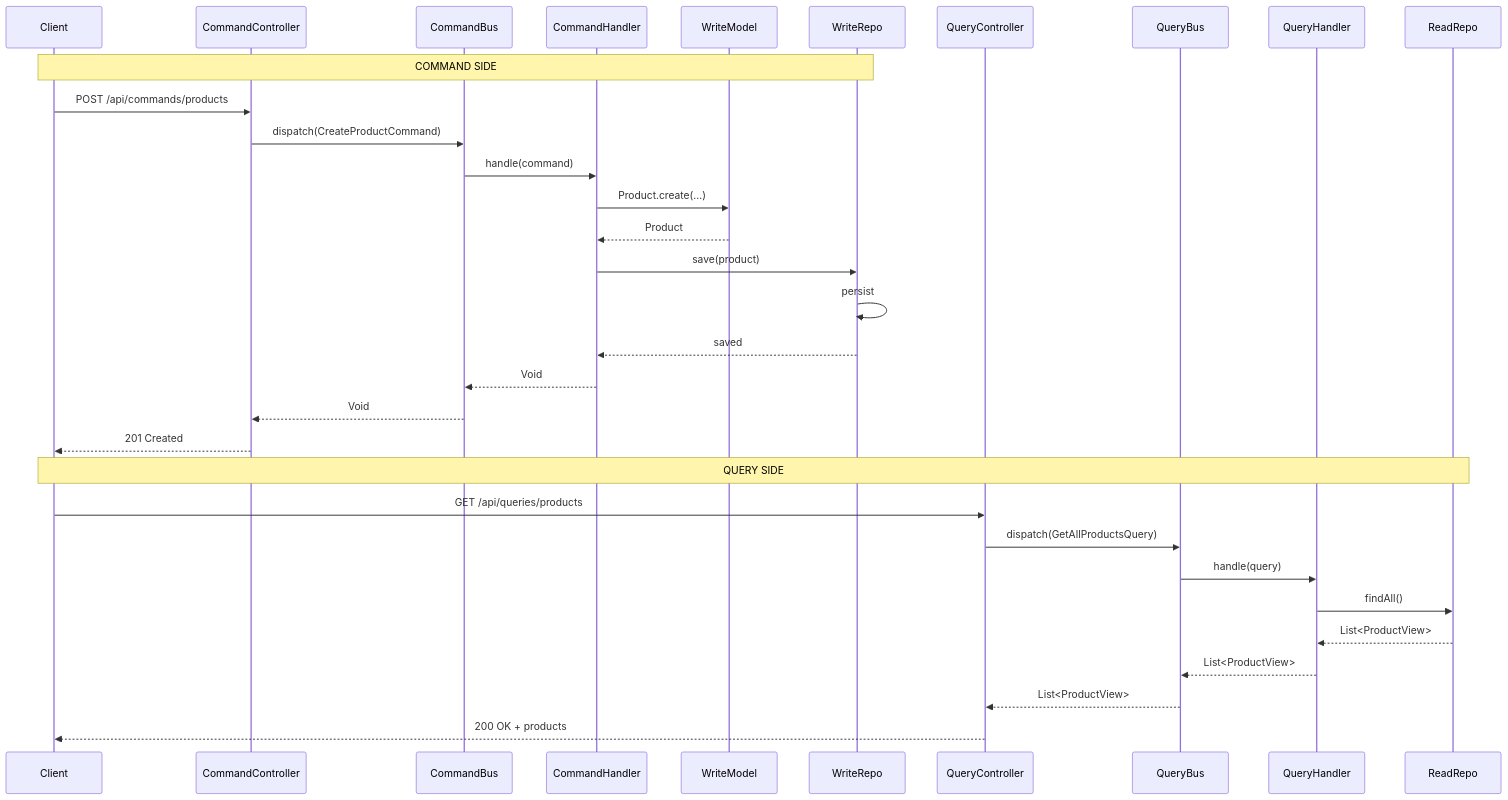
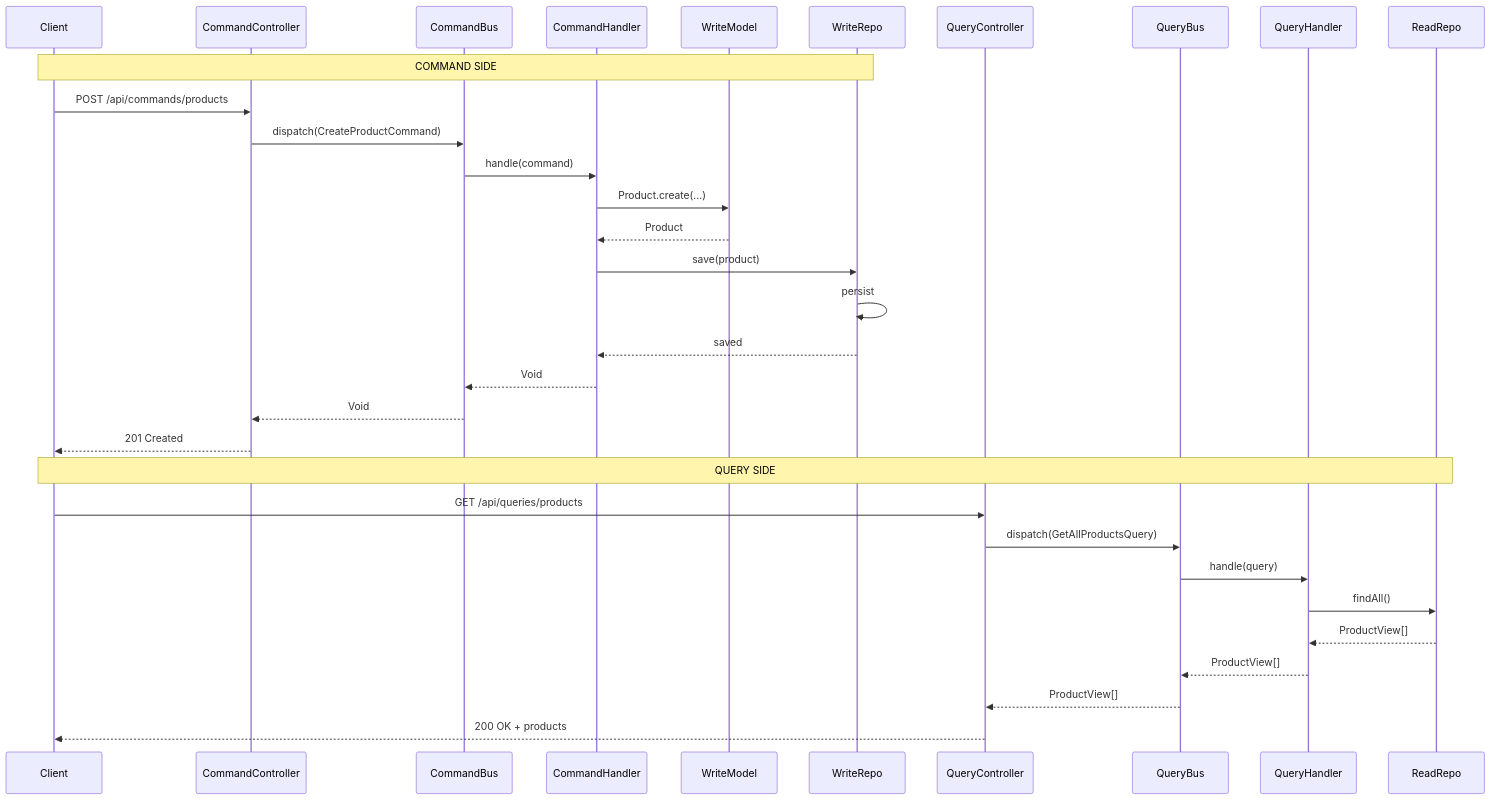
One commit to VirtualCave/modern-architecture-patterns changed the first of 7 diagrams in PLAN_MEJORA_DOCUMENTACION.md. Above: the diagram before and after it, drawn with Mermaid. The commit also changed 1 other file, not shown here.

Commit message:
Tutorial

````diff
--- a/PLAN_MEJORA_DOCUMENTACION.md
+++ b/PLAN_MEJORA_DOCUMENTACION.md
@@ -484,36 +484,36 @@
 ```mermaid
 sequenceDiagram
     participant Client
     participant CommandController
     participant CommandBus
     participant CommandHandler
     participant WriteModel
     participant WriteRepo
     participant QueryController
     participant QueryBus
     participant QueryHandler
     participant ReadRepo
 
     Note over Client,WriteRepo: COMMAND SIDE
     Client->>CommandController: POST /api/commands/products
     CommandController->>CommandBus: dispatch(CreateProductCommand)
     CommandBus->>CommandHandler: handle(command)
     CommandHandler->>WriteModel: Product.create(...)
     WriteModel-->>CommandHandler: Product
     CommandHandler->>WriteRepo: save(product)
     WriteRepo->>WriteRepo: persist
     WriteRepo-->>CommandHandler: saved
     CommandHandler-->>CommandBus: Void
     CommandBus-->>CommandController: Void
     CommandController-->>Client: 201 Created
 
     Note over Client,ReadRepo: QUERY SIDE
     Client->>QueryController: GET /api/queries/products
     QueryController->>QueryBus: dispatch(GetAllProductsQuery)
     QueryBus->>QueryHandler: handle(query)
     QueryHandler->>ReadRepo: findAll()
-    ReadRepo-->>QueryHandler: List<ProductView>
-    QueryHandler-->>QueryBus: List<ProductView>
-    QueryBus-->>QueryController: List<ProductView>
+    ReadRepo-->>QueryHandler: ProductView[]
+    QueryHandler-->>QueryBus: ProductView[]
+    QueryBus-->>QueryController: ProductView[]
     QueryController-->>Client: 200 OK + products
 ```
````
